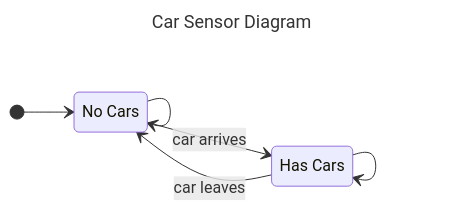
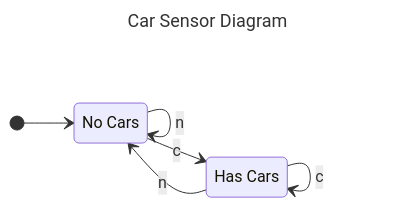
The first of 6 diagrams in COMP3153/System Model - Vinayak Fialok.md (VinayakFia/Obsidian), drawn with Mermaid before and after one commit. The commit also changed other lines of this file, not shown here.

````diff
--- a/COMP3153/System Model - Vinayak Fialok.md
+++ b/COMP3153/System Model - Vinayak Fialok.md
@@ -20,16 +19,14 @@
 ```mermaid
 ---
 title: Car Sensor Diagram
 ---
 stateDiagram-v2
 	direction LR
 	n: No Cars
 	c: Has Cars
 	[*] --> n
-	n --> c : car arrives
-	n --> n
-	c --> n : car leaves
-	c --> c : car leaves
-	c --> c : car arrives
-	c --> c
+	n --> c : c
+	n --> n : n
+	c --> n : n
+	c --> c : c
 ```
````
